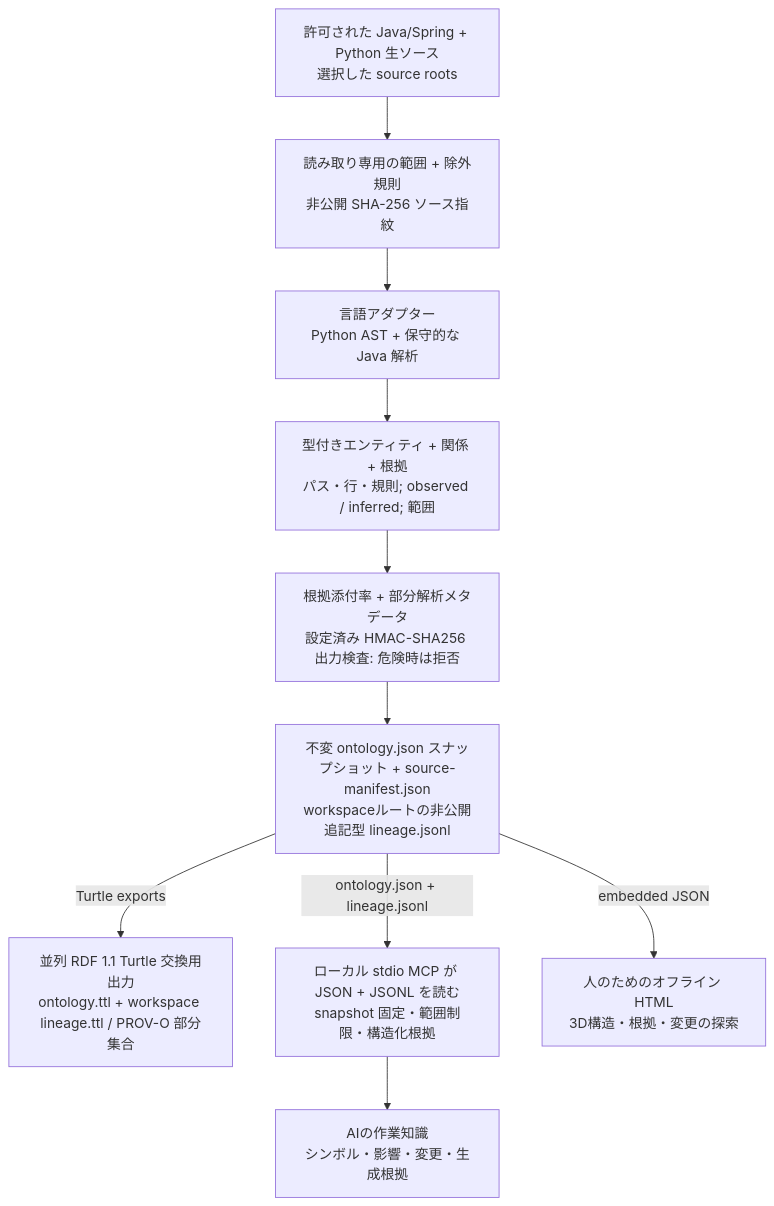
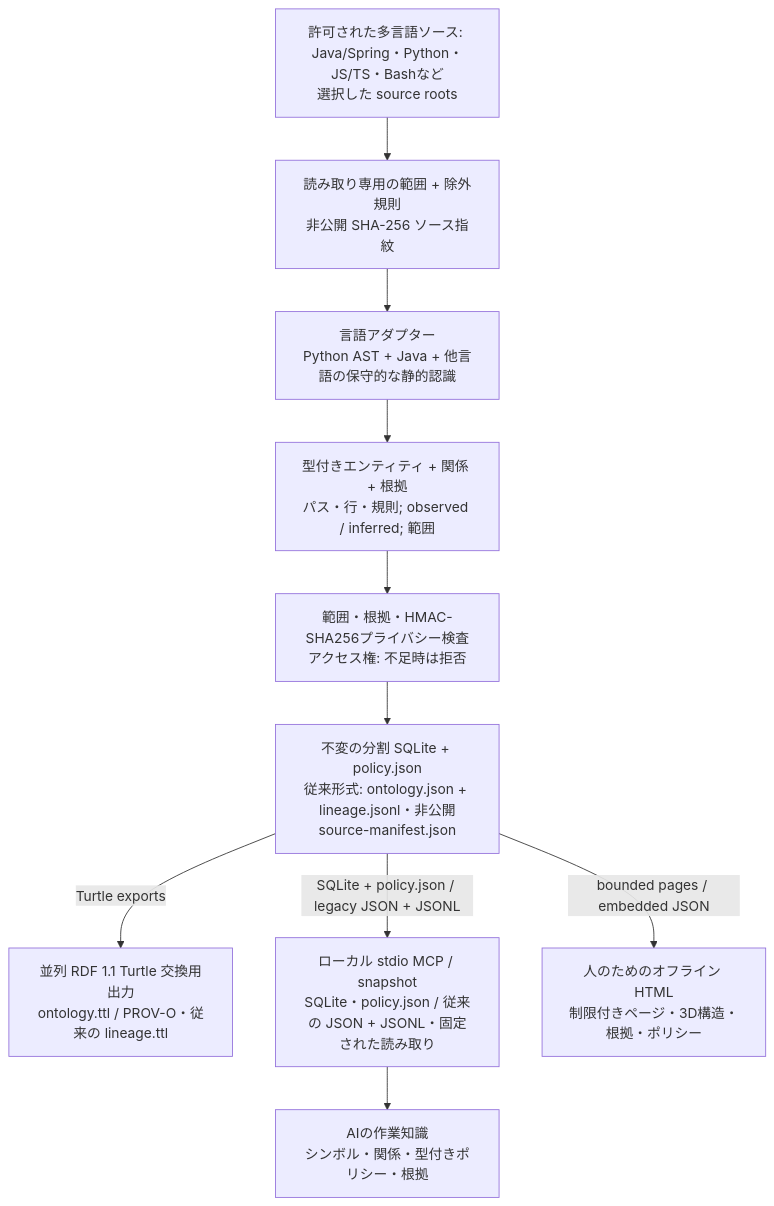
Before and after one commit to battle-doll/code-ontology-companion: the diagram in README.ja.md, drawn with Mermaid. The commit also changed other lines of this file and 150 other files, not shown here.

Commit message:
Implement 0.9.0 bounded ontology pipeline and knowledge access controls

````diff
--- a/README.ja.md
+++ b/README.ja.md
@@ -23,22 +23,22 @@
 ```mermaid
 flowchart TB
-    source["許可された Java/Spring + Python 生ソース<br/>選択した source roots"]
+    source["許可された多言語ソース: Java/Spring・Python・JS/TS・Bashなど<br/>選択した source roots"]
     scope["読み取り専用の範囲 + 除外規則<br/>非公開 SHA-256 ソース指紋"]
-    adapters["言語アダプター<br/>Python AST + 保守的な Java 解析"]
+    adapters["言語アダプター<br/>Python AST + Java + 他言語の保守的な静的認識"]
     evidence["型付きエンティティ + 関係 + 根拠<br/>パス・行・規則; observed / inferred; 範囲"]
-    gate["根拠添付率 + 部分解析メタデータ<br/>設定済み HMAC-SHA256 出力検査: 危険時は拒否"]
-    snapshot["不変 ontology.json スナップショット + source-manifest.json<br/>workspaceルートの非公開追記型 lineage.jsonl"]
-    rdf["並列 RDF 1.1 Turtle 交換用出力<br/>ontology.ttl + workspace lineage.ttl / PROV-O 部分集合"]
-    mcp["ローカル stdio MCP が JSON + JSONL を読む<br/>snapshot 固定・範囲制限・構造化根拠"]
-    ai["AIの作業知識<br/>シンボル・影響・変更・生成根拠"]
-    human["人のためのオフライン HTML<br/>3D構造・根拠・変更の探索"]
+    gate["範囲・根拠・HMAC-SHA256プライバシー検査<br/>アクセス権: 不足時は拒否"]
+    snapshot["不変の分割 SQLite + policy.json<br/>従来形式: ontology.json + lineage.jsonl・非公開source-manifest.json"]
+    rdf["並列 RDF 1.1 Turtle 交換用出力<br/>ontology.ttl / PROV-O・従来の lineage.ttl"]
+    mcp["ローカル stdio MCP / snapshot<br/>SQLite・policy.json / 従来の JSON + JSONL・固定された読み取り"]
+    ai["AIの作業知識<br/>シンボル・関係・型付きポリシー・根拠"]
+    human["人のためのオフライン HTML<br/>制限付きページ・3D構造・根拠・ポリシー"]
     source --> scope
     scope --> adapters
     adapters --> evidence
     evidence --> gate
     gate --> snapshot
     snapshot -->|Turtle exports| rdf
-    snapshot -->|ontology.json + lineage.jsonl| mcp
+    snapshot -->|SQLite + policy.json / legacy JSON + JSONL| mcp
     mcp --> ai
-    snapshot -->|embedded JSON| human
+    snapshot -->|bounded pages / embedded JSON| human
 ```
````
